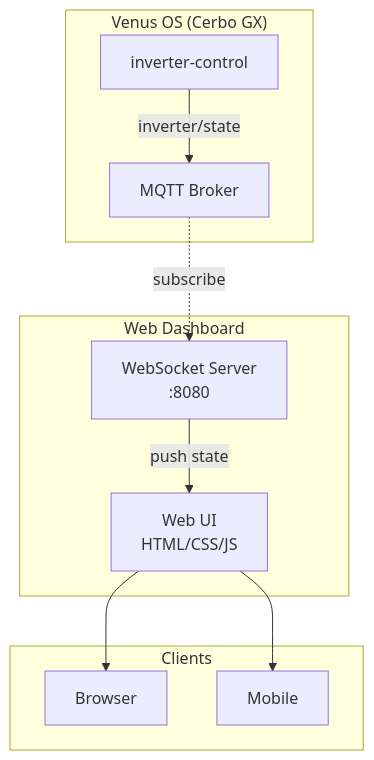
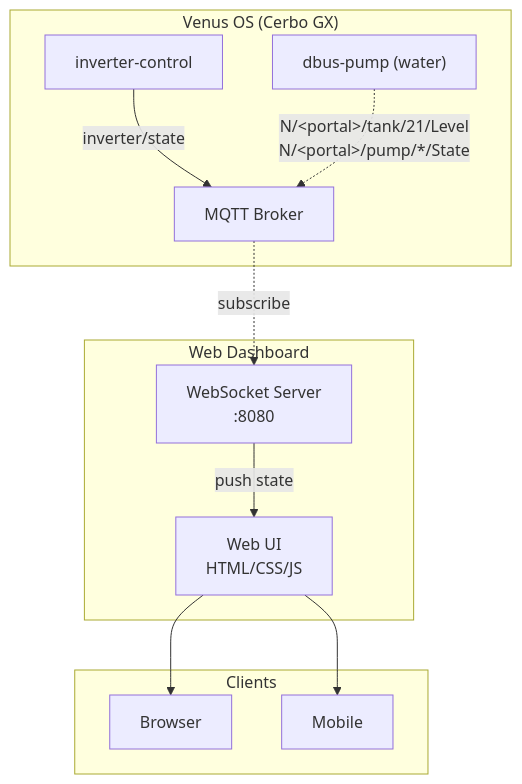
One commit to victron-venus/inverter-dashboard changed the first of 2 diagrams in README.md. Above: the diagram before and after it, drawn with Mermaid. The commit also changed other lines of this file and 8 other files, not shown here.

First line of the commit message:
Water: dbus-pump via Cerbo MQTT instead of Home Assistant (#115)

````diff
--- a/README.md
+++ b/README.md
@@ -34,22 +34,24 @@
 ```mermaid
 flowchart TD
     subgraph Venus["Venus OS (Cerbo GX)"]
         INV["inverter-control"]
+        DP["dbus-pump (water)"]
         MQTT["MQTT Broker"]
     end
 
     subgraph Dashboard["Web Dashboard"]
         WS["WebSocket Server<br/>:8080"]
         UI["Web UI<br/>HTML/CSS/JS"]
     end
 
     subgraph Clients["Clients"]
         BROWSER["Browser"]
         MOBILE["Mobile"]
     end
 
     INV -->|inverter/state| MQTT
+    DP -.->|"N/&lt;portal&gt;/tank/21/Level<br/>N/&lt;portal&gt;/pump/*/State"| MQTT
     MQTT -.->|subscribe| WS
     WS -->|push state| UI
     UI --> BROWSER & MOBILE
 ```
````
